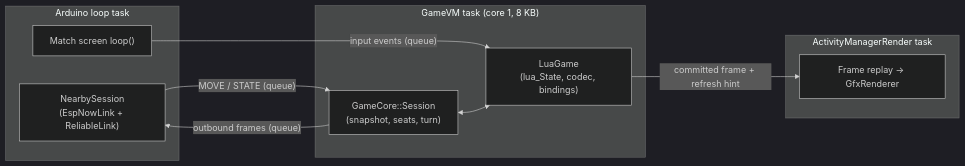
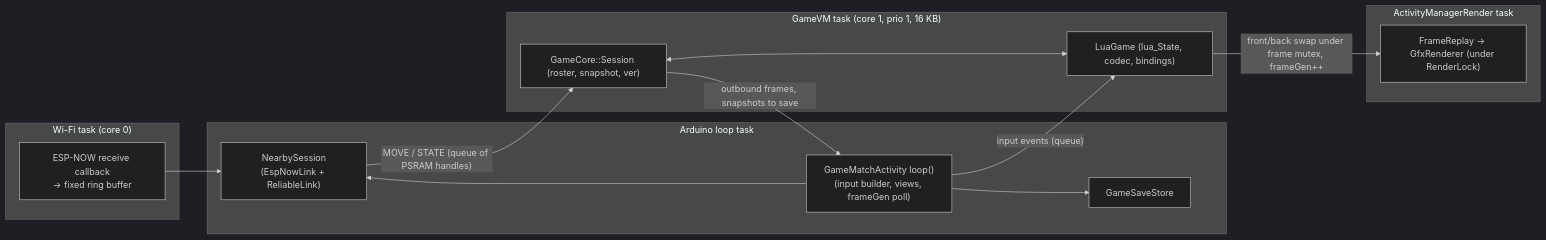
The third of 4 diagrams in _bmad-output/planning-artifacts/architecture/architecture-crosshatch-player-2026-09-26/ARCHITECTURE-SPINE.md (CarpeTelam/crosshatch-player), drawn with Mermaid (dark theme) before and after one commit. The commit also changed other lines of this file and 3 other files, not shown here.

First line of the commit message:
docs: revise architecture spine after reviewer gate

````diff
--- a/_bmad-output/planning-artifacts/architecture/architecture-crosshatch-player-2026-09-26/ARCHITECTURE-SPINE.md
+++ b/_bmad-output/planning-artifacts/architecture/architecture-crosshatch-player-2026-09-26/ARCHITECTURE-SPINE.md
@@ -220,19 +342,26 @@
 ```mermaid
 flowchart LR
+  subgraph WiFiTask["Wi-Fi task (core 0)"]
+    RX["ESP-NOW receive callback<br/>→ fixed ring buffer"]
+  end
   subgraph LoopTask["Arduino loop task"]
-    MA["Match screen loop()"]
+    MA["GameMatchActivity loop()<br/>(input builder, views, frameGen poll)"]
     NS["NearbySession<br/>(EspNowLink + ReliableLink)"]
+    SS["GameSaveStore"]
   end
-  subgraph VMTask["GameVM task (core 1, 8 KB)"]
-    VM["LuaGame<br/>(lua_State, codec, bindings)"]
-    SE["GameCore::Session<br/>(snapshot, seats, turn)"]
+  subgraph VMTask["GameVM task (core 1, prio 1, 16 KB)"]
+    VM["LuaGame (lua_State, codec, bindings)"]
+    SE["GameCore::Session (roster, snapshot, ver)"]
   end
   subgraph RenderTask["ActivityManagerRender task"]
-    RP["Frame replay → GfxRenderer"]
+    RP["FrameReplay → GfxRenderer (under RenderLock)"]
   end
+  RX --> NS
   MA -- "input events (queue)" --> VM
-  NS -- "MOVE / STATE (queue)" --> SE
-  SE -- "outbound frames (queue)" --> NS
-  VM -- "committed frame + refresh hint" --> RP
+  NS -- "MOVE / STATE (queue of PSRAM handles)" --> SE
+  SE -- "outbound frames, snapshots to save" --> MA
+  MA --> NS
+  MA --> SS
+  VM -- "front/back swap under frame mutex, frameGen++" --> RP
   SE <--> VM
 ```
````
